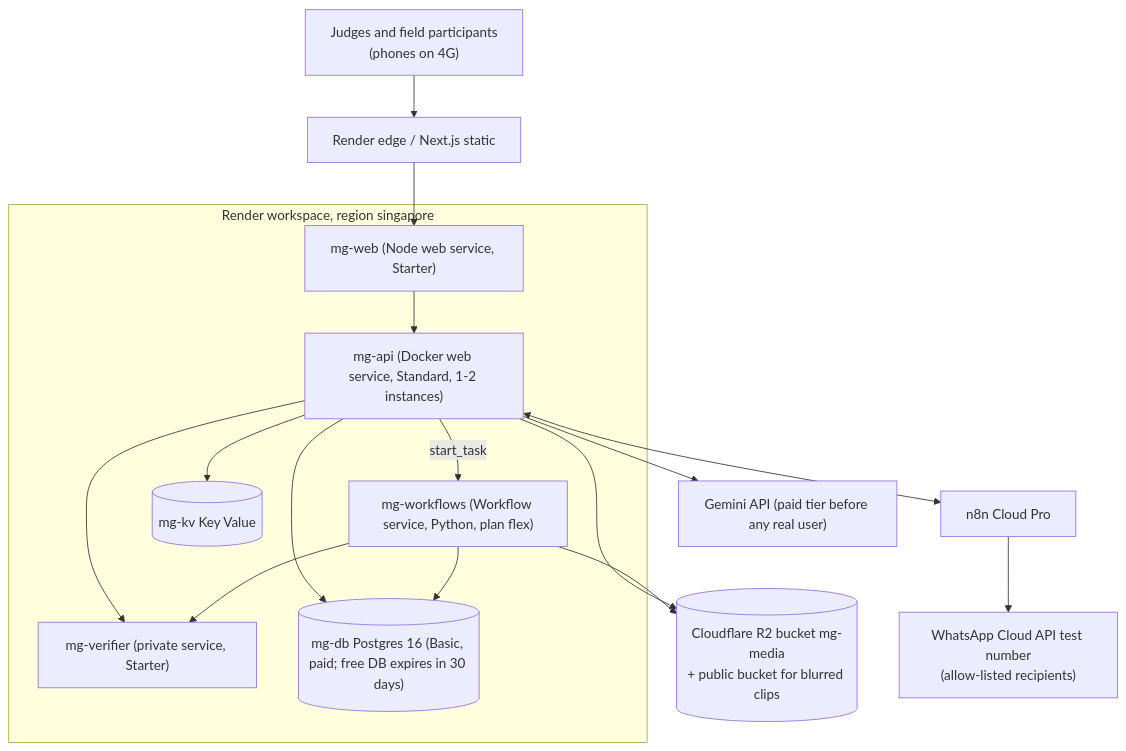
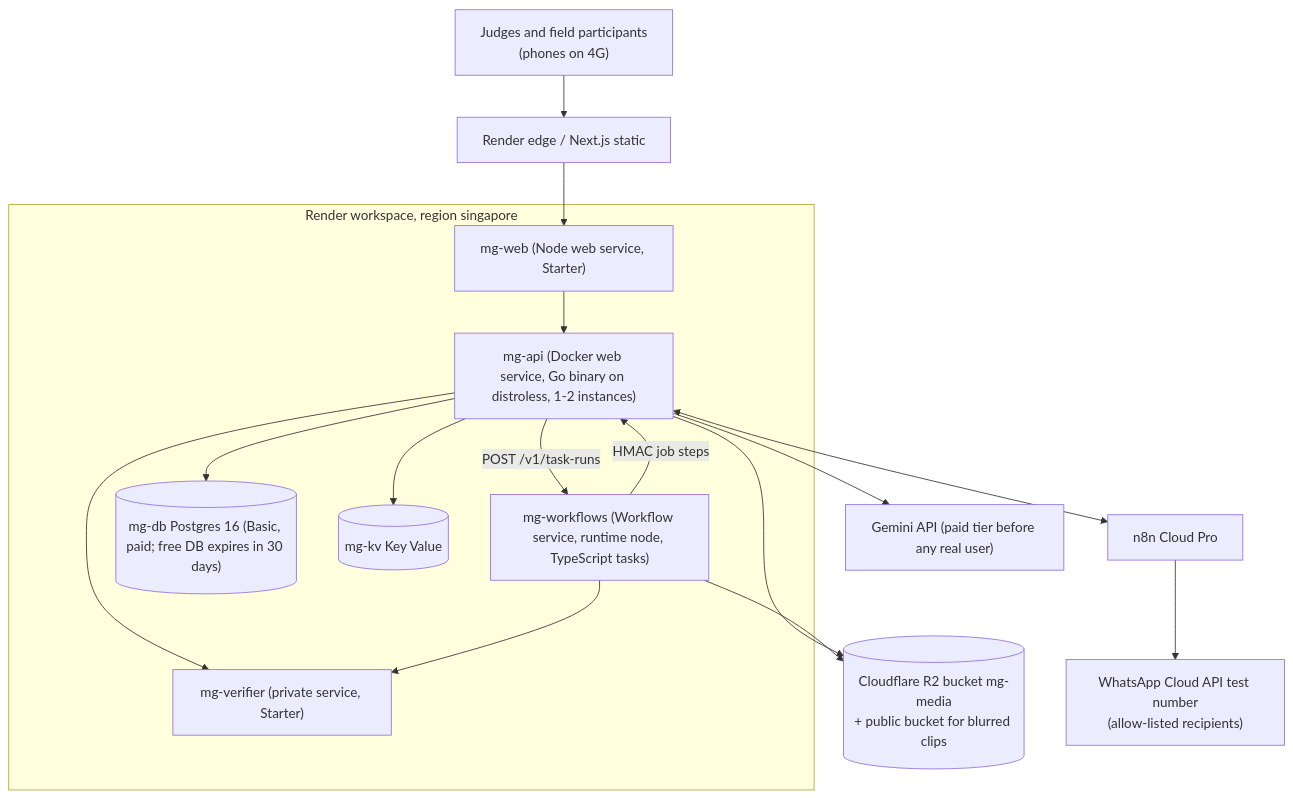
One commit to sruj08/margadarshak changed diagram 13 of 14 in docs/03-engineering/ARCHITECTURE.md. Above: the diagram before and after it, drawn with Mermaid. The commit also changed other lines of this file and 1326 other files, not shown here.

````diff
--- a/docs/03-engineering/ARCHITECTURE.md
+++ b/docs/03-engineering/ARCHITECTURE.md
@@ -736,24 +774,24 @@
 ```mermaid
 flowchart TB
   U["Judges and field participants<br/>(phones on 4G)"] --> CDN["Render edge / Next.js static"]
   subgraph RS["Render workspace, region singapore"]
     W["mg-web (Node web service, Starter)"]
-    A["mg-api (Docker web service, Standard, 1-2 instances)"]
+    A["mg-api (Docker web service, Go binary on distroless, 1-2 instances)"]
     V["mg-verifier (private service, Starter)"]
-    WF["mg-workflows (Workflow service, Python, plan flex)"]
+    WF["mg-workflows (Workflow service, runtime node, TypeScript tasks)"]
     P[("mg-db Postgres 16 (Basic, paid; free DB expires in 30 days)")]
     K[("mg-kv Key Value")]
   end
   CDN --> W --> A
   A --> V
   A --> P
   A --> K
-  A -->|start_task| WF
-  WF --> P
+  A -->|"POST /v1/task-runs"| WF
+  WF -->|"HMAC job steps"| A
   WF --> V
   A --> R2[("Cloudflare R2 bucket mg-media<br/>+ public bucket for blurred clips")]
   WF --> R2
   A <--> N8["n8n Cloud Pro"]
   N8 --> WA["WhatsApp Cloud API test number<br/>(allow-listed recipients)"]
   A --> GM["Gemini API (paid tier before any real user)"]
 ```
````
